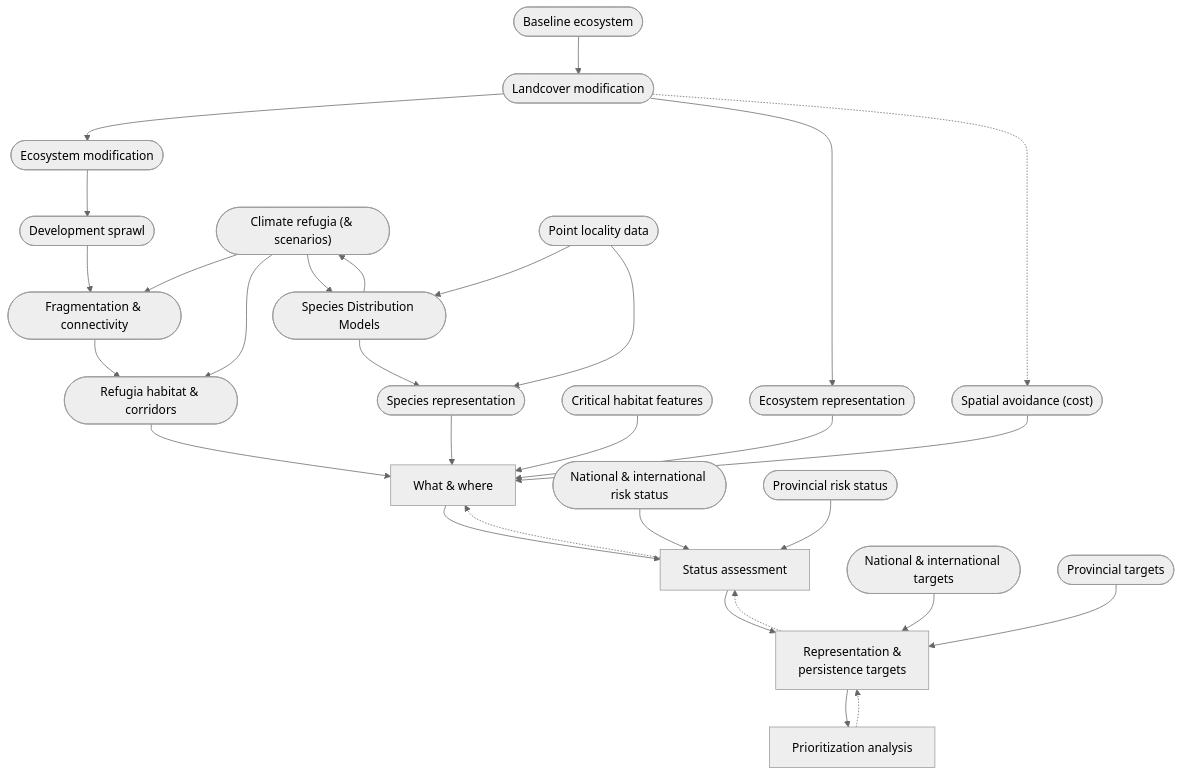
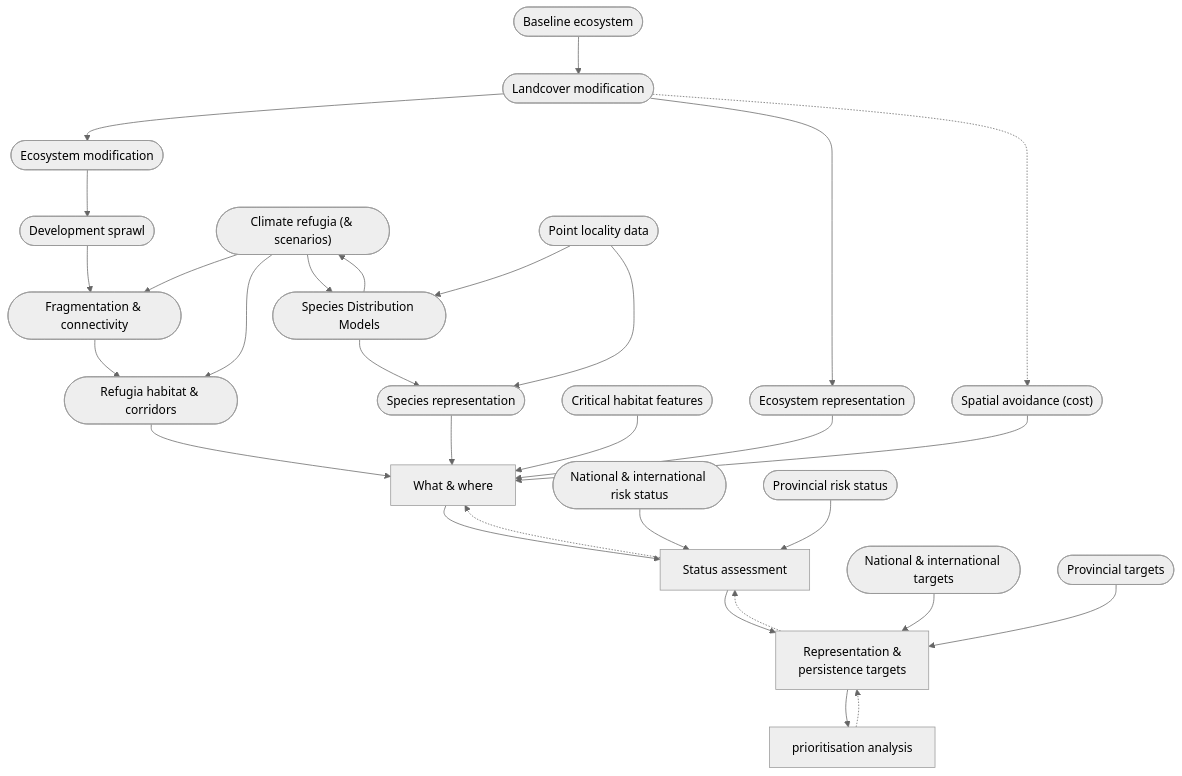
One commit to ekznw/kzn-scp changed the third of 3 diagrams in website/intro.qmd. Above: the diagram before and after it, drawn with Mermaid (neutral theme). The commit also changed other lines of this file and 45 other files, not shown here.

````diff
--- a/website/intro.qmd
+++ b/website/intro.qmd
@@ -334,62 +346,64 @@
 ```{mermaid}
+
+%% png: images/intro/fig03.png
 
 flowchart TB
 
 %% === Main stages ===
 obj1[What & where]
 obj2[Status assessment]
 obj3[Representation & <br> persistence targets]
-obj4[Prioritization analysis]
+obj4[prioritisation analysis]
 
 obj1 --> obj2
 obj2 --> obj3
 obj3 --> obj4
 
 
 %% Feedback (use dashed; if not supported, we’ll restyle via linkStyle)
 obj2 -.-> obj1
 obj3 -.-> obj2
 obj4 -.-> obj3
 
 
 %% === Inputs to obj1 (What & where) ===
 obj1_1([Ecosystem representation]) --> obj1
 obj1_2([Refugia habitat & corridors]) --> obj1
 obj1_3([Critical habitat features]) --> obj1
 obj1_4([Species representation]) --> obj1
 obj1_5(["Spatial avoidance (cost)"]) --> obj1
 
 
 %% === Ecosystem representation details ===
 
 obj1_1_1([Baseline ecosystem]) --> obj1_1_2([Landcover modification])
 obj1_1_2 --> obj1_1_3([Ecosystem modification])
 obj1_1_3 --> obj1_1_4([Development sprawl])
 obj1_1_4 --> obj1_1_5(["Fragmentation & connectivity"])
 obj1_1_6(["Climate refugia (& scenarios)"])--> obj1_1_5
 
 %% Link ecosystem detail back up
 obj1_1_2 --> obj1_1
 obj1_1_5 --> obj1_2
 obj1_1_6 --> obj1_2
 
 %% Optional grey-ish relation represented as dashed
 obj1_1_2 -.-> obj1_5
 
 %% === Species representation details ===
 obj1_4_1([Point locality data]) --> obj1_4_2([Species Distribution Models])
 obj1_4_1 --> obj1_4
 obj1_4_2 --> obj1_4
 
 %% Bidirectional link: SDMs <-> Climate refugia
 obj1_4_2 --> obj1_1_6
 obj1_1_6 --> obj1_4_2
 
 %% === Status assessment inputs ===
 obj2_1([National & international risk status]) --> obj2
 obj2_2([Provincial risk status]) --> obj2
 
 %% === Targets inputs ===
 obj3_1([National & international targets]) --> obj3
 obj3_2([Provincial targets]) --> obj3
 ```
````
